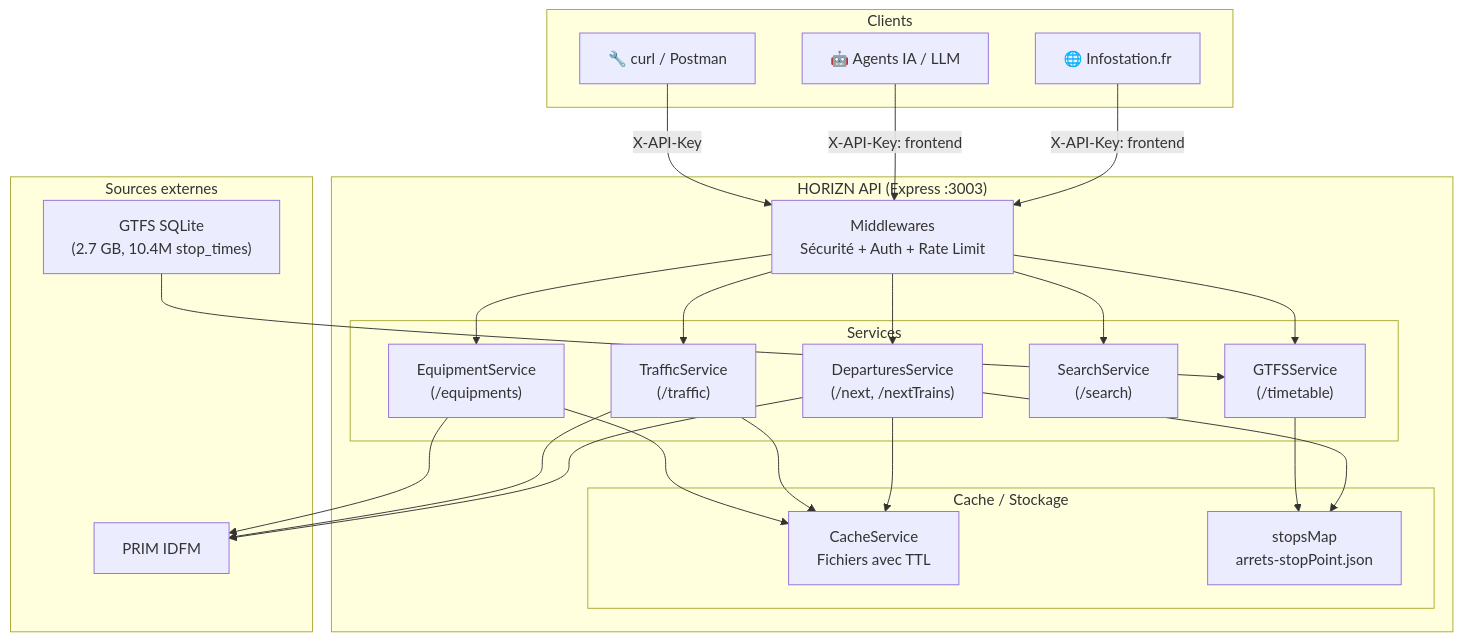
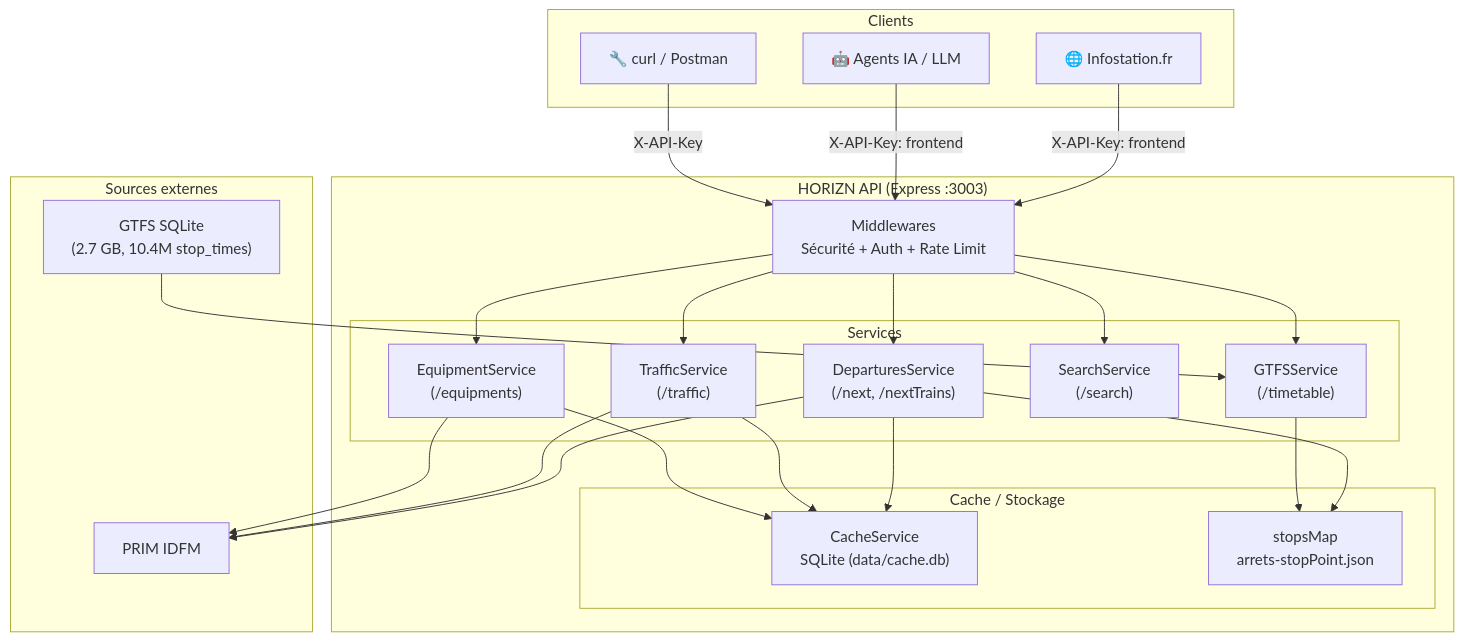
One commit to leolesimple/HORIZN changed the first of 3 diagrams in docs/ARCHITECTURE.md. Above: the diagram before and after it, drawn with Mermaid. The commit also changed other lines of this file, not shown here.

Commit message:
docs(architecture): aligner clés de cache et stockage sur SQLite

````diff
--- a/docs/ARCHITECTURE.md
+++ b/docs/ARCHITECTURE.md
@@ -69,48 +69,48 @@
 ```mermaid
 graph TB
     subgraph "Clients"
         C1["🌐 Infostation.fr"]
         C2["🤖 Agents IA / LLM"]
         C3["🔧 curl / Postman"]
     end
 
     subgraph "HORIZN API (Express :3003)"
         SEC["Middlewares<br/>Sécurité + Auth + Rate Limit"]
         
         subgraph "Services"
             DS["DeparturesService<br/>(/next, /nextTrains)"]
             TS["TrafficService<br/>(/traffic)"]
             ES["EquipmentService<br/>(/equipments)"]
             SS["SearchService<br/>(/search)"]
             GS["GTFSService<br/>(/timetable)"]
         end
         
         subgraph "Cache / Stockage"
-            CACHE["CacheService<br/>Fichiers avec TTL"]
+            CACHE["CacheService<br/>SQLite (data/cache.db)"]
             STOPMAP["stopsMap<br/>arrets-stopPoint.json"]
         end
     end
 
     subgraph "Sources externes"
         PRIM["PRIM IDFM"]
         GTFS_FILE["GTFS SQLite<br/>(2.7 GB, 10.4M stop_times)"]
     end
 
     C1 -->|"X-API-Key: frontend"| SEC
     C2 -->|"X-API-Key: frontend"| SEC
     C3 -->|"X-API-Key"| SEC
     SEC --> DS
     SEC --> TS
     SEC --> ES
     SEC --> SS
     SEC --> GS
     DS --> CACHE
     TS --> CACHE
     ES --> CACHE
     DS --> STOPMAP
     GS --> STOPMAP
     DS --> PRIM
     TS --> PRIM
     ES --> PRIM
     GTFS_FILE --> GS
 ```
````
